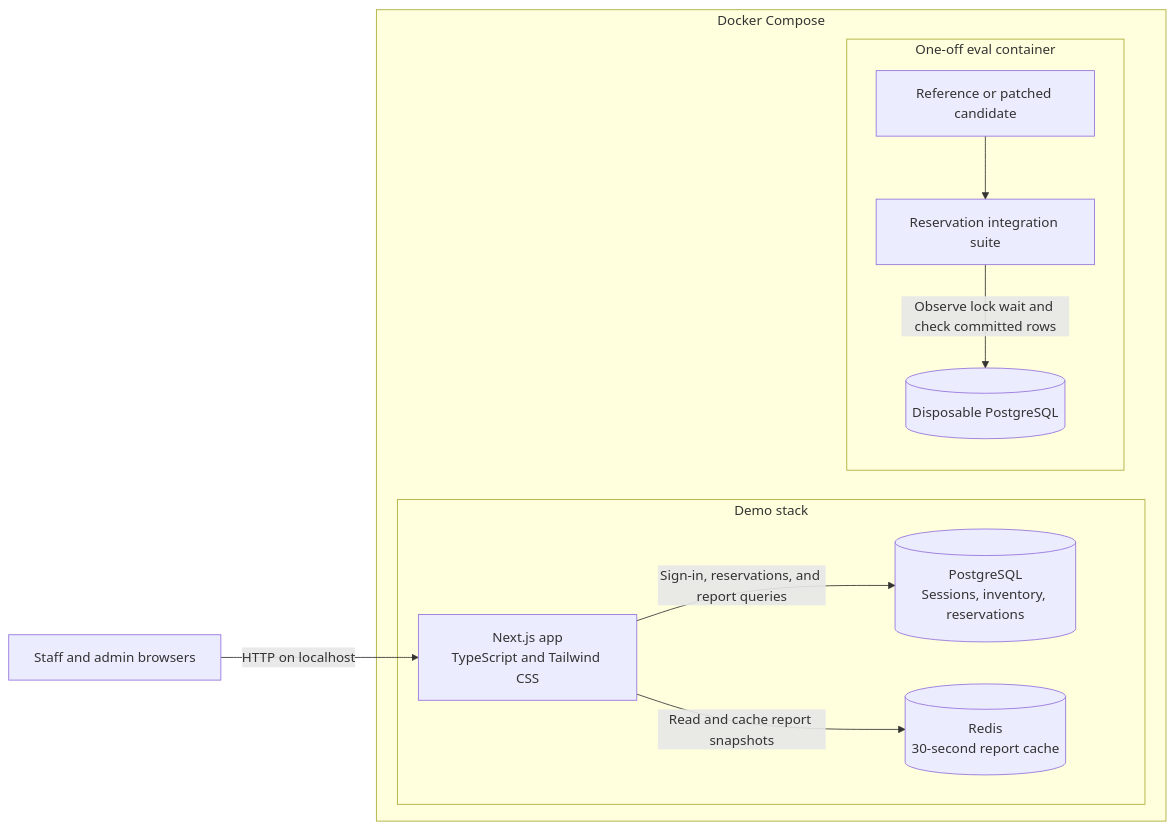
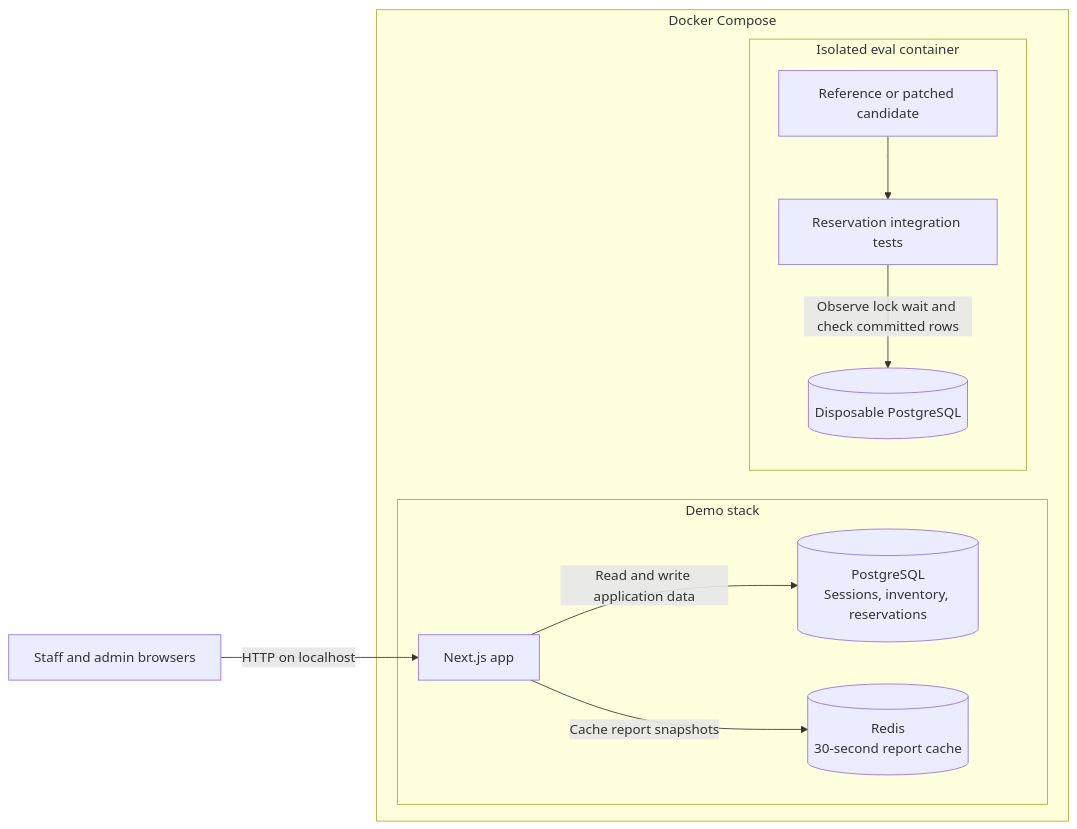
One commit to somenameidc999/inventory-reservation-lab changed the diagram in README.md. Above: the diagram before and after it, drawn with Mermaid.

Commit message:
Use the simplified Fieldstock architecture diagram

````diff
--- a/README.md
+++ b/README.md
@@ -13,24 +13,24 @@
 ```mermaid
 flowchart LR
     Browser["Staff and admin browsers"]
 
     subgraph Compose["Docker Compose"]
         subgraph Demo["Demo stack"]
-            App["Next.js app<br/>TypeScript and Tailwind CSS"]
-            Postgres[("PostgreSQL<br/>Sessions, inventory, reservations")]
+            App["Next.js app"]
+            DB[("PostgreSQL<br/>Sessions, inventory, reservations")]
             Redis[("Redis<br/>30-second report cache")]
-            App -->|"Sign-in, reservations, and report queries"| Postgres
-            App -->|"Read and cache report snapshots"| Redis
+            App -->|"Read and write application data"| DB
+            App -->|"Cache report snapshots"| Redis
         end
 
-        subgraph Eval["One-off eval container"]
-            Implementation["Reference or patched candidate"]
-            Suite["Reservation integration suite"]
-            Fixture[("Disposable PostgreSQL")]
-            Implementation --> Suite
-            Suite -->|"Observe lock wait and check committed rows"| Fixture
+        subgraph Eval["Isolated eval container"]
+            Code["Reference or patched candidate"]
+            Suite["Reservation integration tests"]
+            TestDB[("Disposable PostgreSQL")]
+            Code --> Suite
+            Suite -->|"Observe lock wait and check committed rows"| TestDB
         end
     end
 
     Browser -->|"HTTP on localhost"| App
 ```
````
